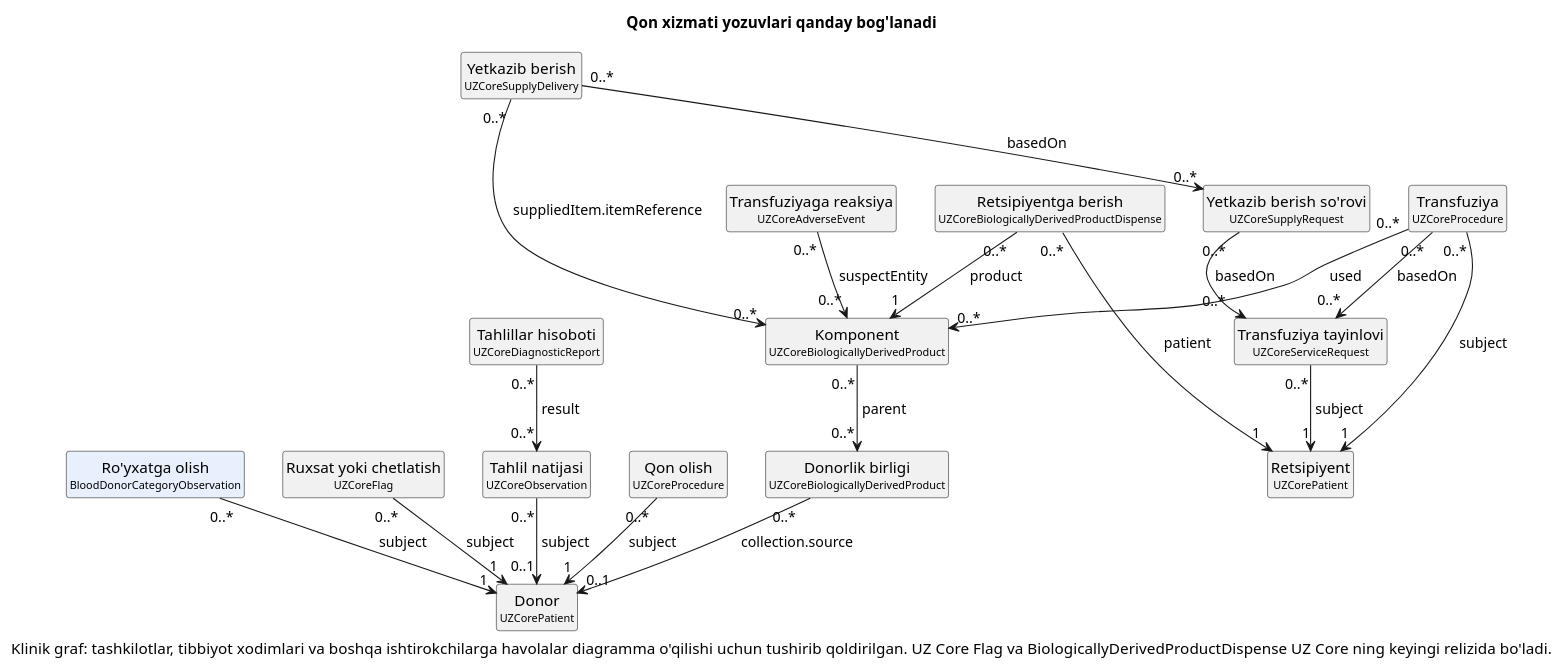
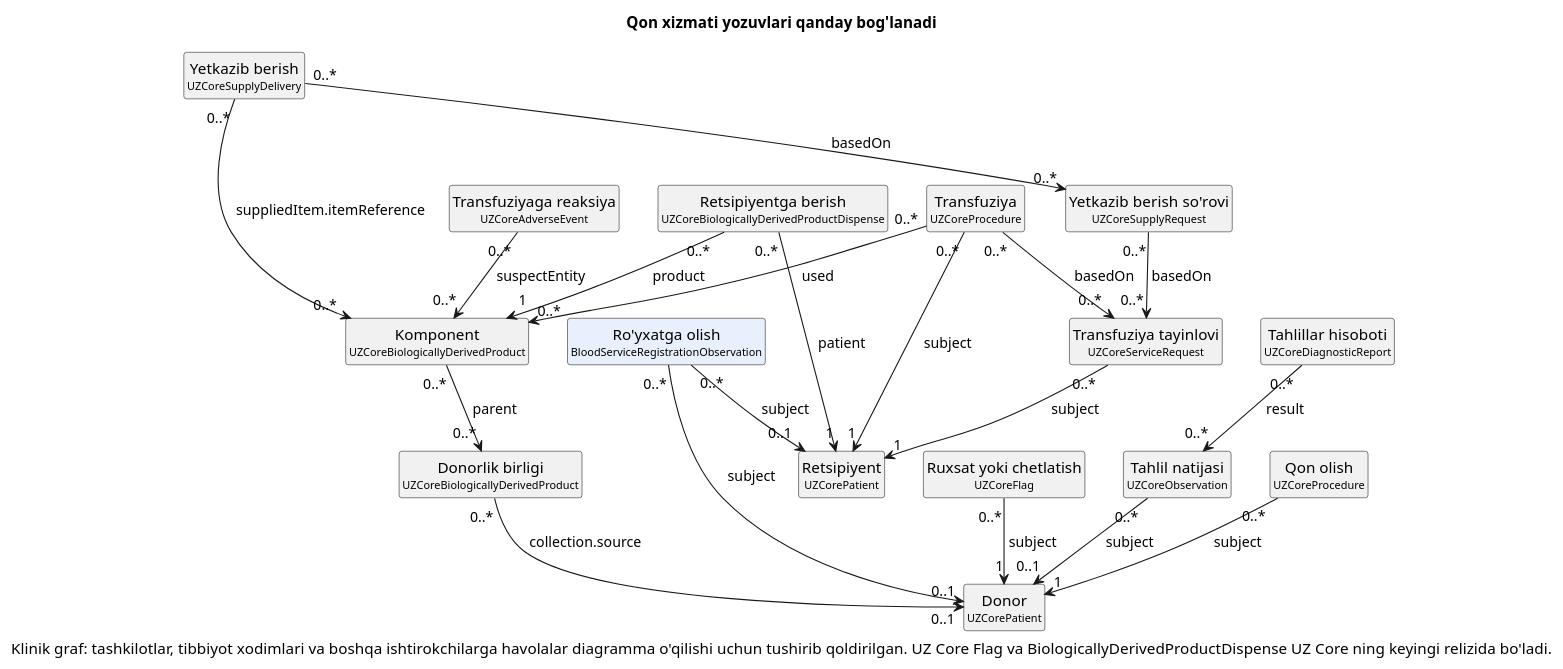
Before and after one commit to uzinfocom-org/digital-health-integration: the diagram in input/images-source/blood-management-model-uz.plantuml, drawn with PlantUML. The commit also changed 5 other files, not shown here.

Commit message:
blood management: Blood Service Registration Observation

```diff
--- a/input/images-source/blood-management-model-uz.plantuml
+++ b/input/images-source/blood-management-model-uz.plantuml
@@ -1,42 +1,43 @@
 @startuml blood-management-model-uz
 hide circle
 hide empty members
 title Qon xizmati yozuvlari qanday bog'lanadi
 
 class "Donor\n<size:10>UZCorePatient</size>" as Donor [[https://dhp.uz/fhir/core/uz/StructureDefinition-uz-core-patient.html{Ochish UZCorePatient}]]
 class "Retsipiyent\n<size:10>UZCorePatient</size>" as Recipient [[https://dhp.uz/fhir/core/uz/StructureDefinition-uz-core-patient.html{Ochish UZCorePatient}]]
-class "Ro'yxatga olish\n<size:10>BloodDonorCategoryObservation</size>" as Reg [[StructureDefinition-blood-donor-category-observation.html{Ochish BloodDonorCategoryObservation}]] #E8F0FE
+class "Ro'yxatga olish\n<size:10>BloodServiceRegistrationObservation</size>" as Reg [[StructureDefinition-blood-service-registration-observation.html{Ochish BloodServiceRegistrationObservation}]] #E8F0FE
 class "Ruxsat yoki chetlatish\n<size:10>UZCoreFlag</size>" as Flag
 class "Tahlil natijasi\n<size:10>UZCoreObservation</size>" as Test [[https://dhp.uz/fhir/core/uz/StructureDefinition-uz-core-observation.html{Ochish UZCoreObservation}]]
 class "Tahlillar hisoboti\n<size:10>UZCoreDiagnosticReport</size>" as Report [[https://dhp.uz/fhir/core/uz/StructureDefinition-uz-core-diagnostic-report.html{Ochish UZCoreDiagnosticReport}]]
 class "Qon olish\n<size:10>UZCoreProcedure</size>" as Coll [[https://dhp.uz/fhir/core/uz/StructureDefinition-uz-core-procedure.html{Ochish UZCoreProcedure}]]
 class "Donorlik birligi\n<size:10>UZCoreBiologicallyDerivedProduct</size>" as Unit [[https://dhp.uz/fhir/core/uz/StructureDefinition-uz-core-biologically-derived-product.html{Ochish UZCoreBiologicallyDerivedProduct}]]
 class "Komponent\n<size:10>UZCoreBiologicallyDerivedProduct</size>" as Comp [[https://dhp.uz/fhir/core/uz/StructureDefinition-uz-core-biologically-derived-product.html{Ochish UZCoreBiologicallyDerivedProduct}]]
 class "Transfuziya tayinlovi\n<size:10>UZCoreServiceRequest</size>" as Order [[https://dhp.uz/fhir/core/uz/StructureDefinition-uz-core-servicerequest.html{Ochish UZCoreServiceRequest}]]
 class "Yetkazib berish so'rovi\n<size:10>UZCoreSupplyRequest</size>" as SReq [[https://dhp.uz/fhir/core/uz/StructureDefinition-uz-core-supply-request.html{Ochish UZCoreSupplyRequest}]]
 class "Yetkazib berish\n<size:10>UZCoreSupplyDelivery</size>" as SDel [[https://dhp.uz/fhir/core/uz/StructureDefinition-uz-core-supply-delivery.html{Ochish UZCoreSupplyDelivery}]]
 class "Retsipiyentga berish\n<size:10>UZCoreBiologicallyDerivedProductDispense</size>" as Disp
 class "Transfuziya\n<size:10>UZCoreProcedure</size>" as Tx [[https://dhp.uz/fhir/core/uz/StructureDefinition-uz-core-procedure.html{Ochish UZCoreProcedure}]]
 class "Transfuziyaga reaksiya\n<size:10>UZCoreAdverseEvent</size>" as AE [[https://dhp.uz/fhir/core/uz/StructureDefinition-uz-core-adverse-event.html{Ochish UZCoreAdverseEvent}]]
 
-Reg "0..*" --> "1" Donor : « subject »
+Reg "0..*" --> "0..1" Donor : « subject »
+Reg "0..*" --> "0..1" Recipient : « subject »
 Flag "0..*" --> "1" Donor : « subject »
 Test "0..*" --> "0..1" Donor : « subject »
 Report "0..*" --> "0..*" Test : « result »
 Coll "0..*" --> "1" Donor : « subject »
 Unit "0..*" --> "0..1" Donor : « collection.source »
 Comp "0..*" --> "0..*" Unit : « parent »
 Order "0..*" --> "1" Recipient : « subject »
 SReq "0..*" --> "0..*" Order : « basedOn »
 SDel "0..*" --> "0..*" SReq : « basedOn »
 SDel "0..*" --> "0..*" Comp : « suppliedItem.itemReference »
 Disp "0..*" --> "1" Comp : « product »
 Disp "0..*" --> "1" Recipient : « patient »
 Tx "0..*" --> "0..*" Order : « basedOn »
 Tx "0..*" --> "0..*" Comp : « used »
 Tx "0..*" --> "1" Recipient : « subject »
 AE "0..*" --> "0..*" Comp : « suspectEntity »
 
 caption Klinik graf: tashkilotlar, tibbiyot xodimlari va boshqa ishtirokchilarga havolalar diagramma o'qilishi uchun tushirib qoldirilgan. UZ Core Flag va BiologicallyDerivedProductDispense UZ Core ning keyingi relizida bo'ladi.
 
 @enduml
```
